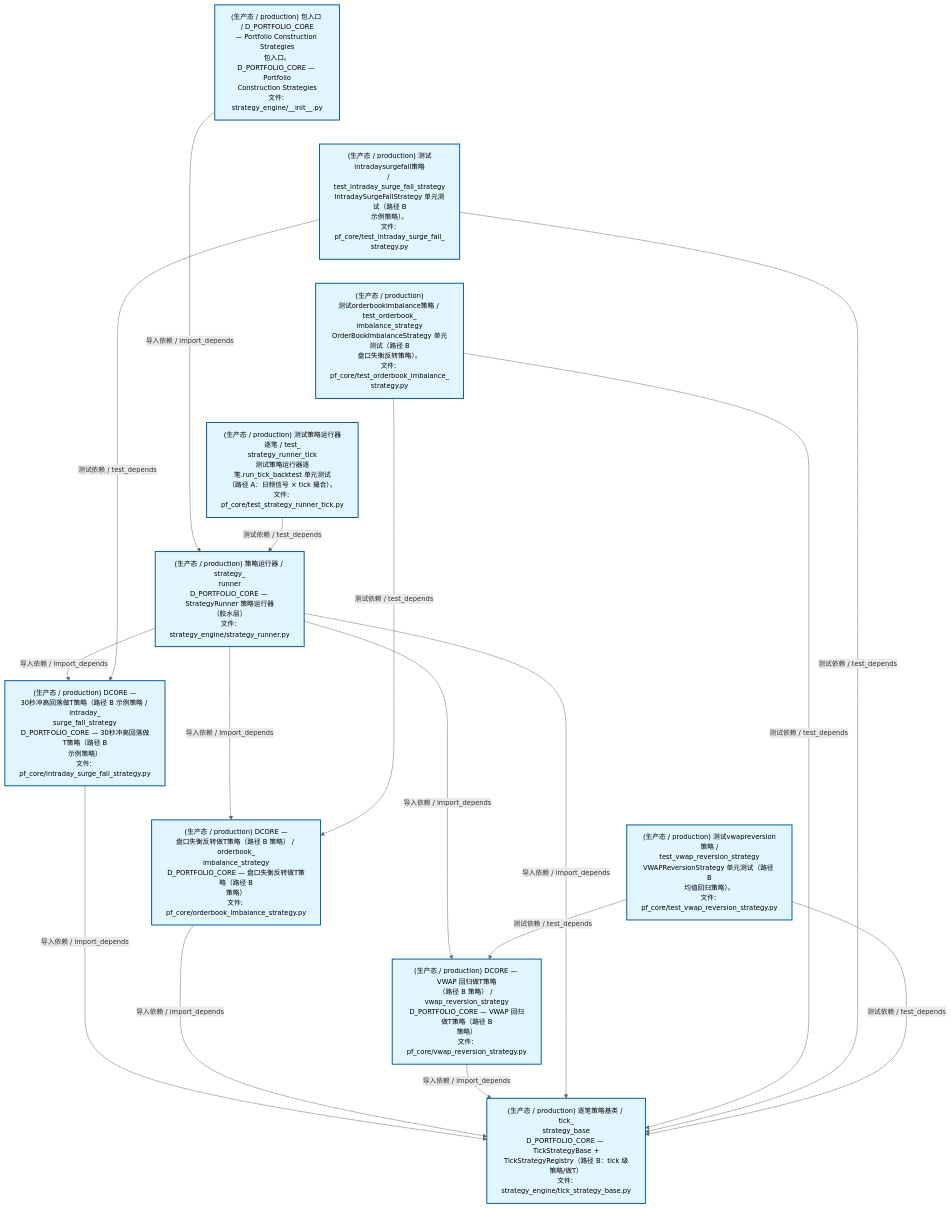
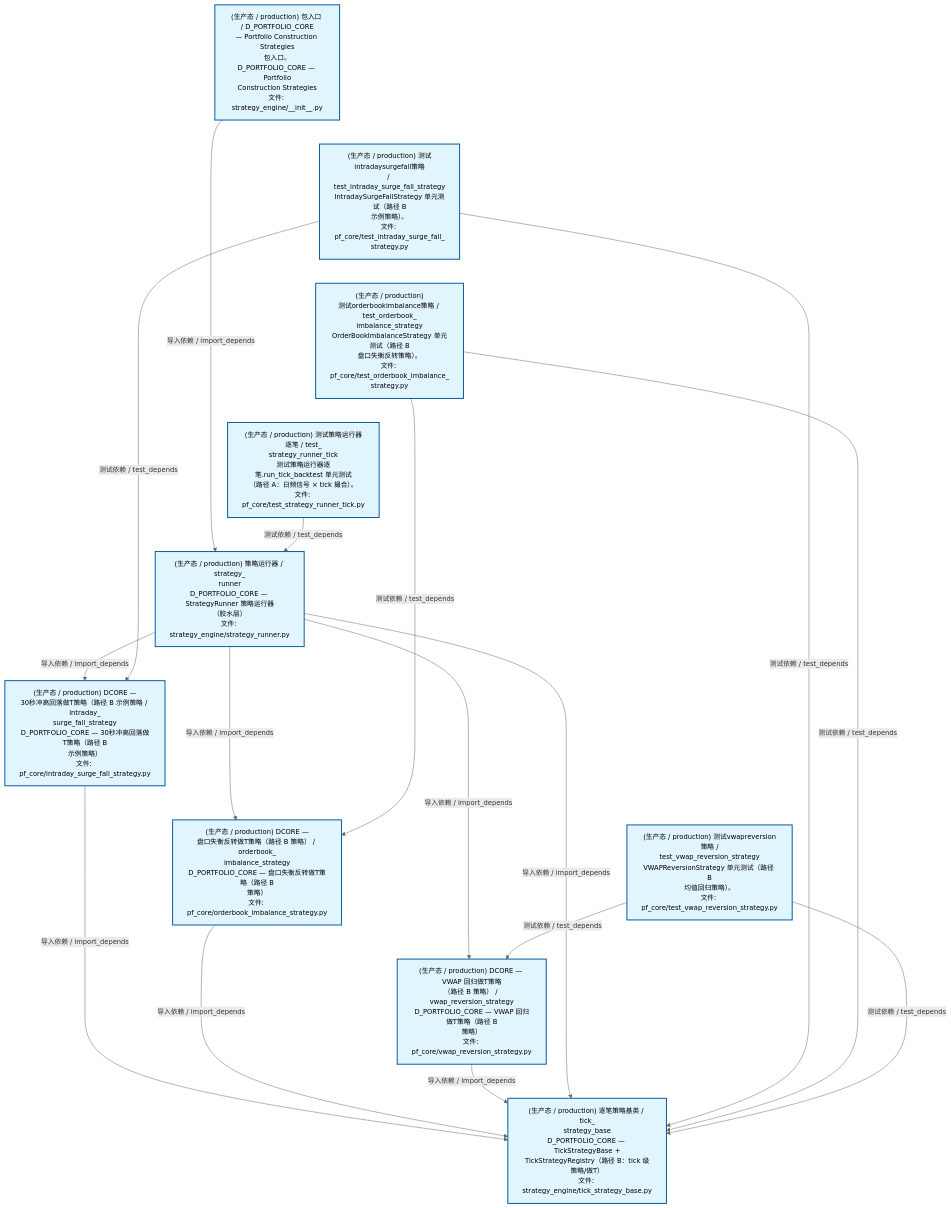
Before and after one commit to xuanFelixVan/ZephyrAlpha: the second of 4 diagrams in docs/02_enterprise_architecture/02_domain_architecture_docs/63_d_pf_core.md, drawn with Mermaid. The commit also changed other lines of this file and 33 other files, not shown here.

````diff
--- a/docs/02_enterprise_architecture/02_domain_architecture_docs/63_d_pf_core.md
+++ b/docs/02_enterprise_architecture/02_domain_architecture_docs/63_d_pf_core.md
@@ -135,40 +135,40 @@
 ```mermaid
 %%{init: {'theme': 'base', 'themeVariables': {'primaryColor': '#eaeaea', 'primaryTextColor': '#333333', 'primaryBorderColor': '#666666', 'lineColor': '#666666', 'secondaryColor': '#eaeaea', 'tertiaryColor': '#eaeaea', 'fontSize': '14px'}}}%%
 flowchart TD
     src_zephyr_pf_core_strategy_engine_init_py["(生产态 / production) 包入口 / D_PORTFOLIO_CORE<br/>— Portfolio Construction Strategies<br/>包入口。D_PORTFOLIO_CORE — Portfolio<br/>Construction Strategies<br/>文件: strategy_engine/__init__.py"]
     tests_pf_core_test_intraday_surge_fall_strategy_py["(生产态 / production) 测试intradaysurgefall策略<br/>/ test_intraday_surge_fall_strategy<br/>IntradaySurgeFallStrategy 单元测试（路径 B<br/>示例策略）。<br/>文件: pf_core/test_intraday_surge_fall_<br/>strategy.py"]
     tests_pf_core_test_orderbook_imbalance_strategy_py["(生产态 / production)<br/>测试orderbookimbalance策略 / test_orderbook_<br/>imbalance_strategy<br/>OrderBookImbalanceStrategy 单元测试（路径 B<br/>盘口失衡反转策略）。<br/>文件: pf_core/test_orderbook_imbalance_<br/>strategy.py"]
     tests_pf_core_test_strategy_runner_tick_py["(生产态 / production) 测试策略运行器逐笔 / test_<br/>strategy_runner_tick<br/>测试策略运行器逐笔.run_tick_backtest 单元测试<br/>（路径 A：日频信号 × tick 撮合）。<br/>文件: pf_core/test_strategy_runner_tick.py"]
     tests_pf_core_test_vwap_reversion_strategy_py["(生产态 / production) 测试vwapreversion策略 /<br/>test_vwap_reversion_strategy<br/>VWAPReversionStrategy 单元测试（路径 B<br/>均值回归策略）。<br/>文件: pf_core/test_vwap_reversion_strategy.py"]
     src_zephyr_pf_core_strategy_engine_init_py ~~~ tests_pf_core_test_intraday_surge_fall_strategy_py
     tests_pf_core_test_intraday_surge_fall_strategy_py ~~~ tests_pf_core_test_orderbook_imbalance_strategy_py
     tests_pf_core_test_orderbook_imbalance_strategy_py ~~~ tests_pf_core_test_strategy_runner_tick_py
     tests_pf_core_test_strategy_runner_tick_py ~~~ tests_pf_core_test_vwap_reversion_strategy_py
     src_zephyr_pf_core_strategy_engine_strategy_runner_py["(生产态 / production) 策略运行器 / strategy_<br/>runner<br/>D_PORTFOLIO_CORE — StrategyRunner 策略运行器<br/>（胶水层）<br/>文件: strategy_engine/strategy_runner.py"]
     src_zephyr_pf_core_intraday_surge_fall_strategy_py["(生产态 / production) DCORE —<br/>30秒冲高回落做T策略（路径 B 示例策略 / intraday_<br/>surge_fall_strategy<br/>D_PORTFOLIO_CORE — 30秒冲高回落做T策略（路径 B<br/>示例策略）<br/>文件: pf_core/intraday_surge_fall_strategy.py"]
     src_zephyr_pf_core_orderbook_imbalance_strategy_py["(生产态 / production) DCORE —<br/>盘口失衡反转做T策略（路径 B 策略） / orderbook_<br/>imbalance_strategy<br/>D_PORTFOLIO_CORE — 盘口失衡反转做T策略（路径 B<br/>策略）<br/>文件: pf_core/orderbook_imbalance_strategy.py"]
     src_zephyr_pf_core_vwap_reversion_strategy_py["(生产态 / production) DCORE — VWAP 回归做T策略<br/>（路径 B 策略） / vwap_reversion_strategy<br/>D_PORTFOLIO_CORE — VWAP 回归做T策略（路径 B<br/>策略）<br/>文件: pf_core/vwap_reversion_strategy.py"]
     src_zephyr_pf_core_intraday_surge_fall_strategy_py ~~~ src_zephyr_pf_core_orderbook_imbalance_strategy_py
     src_zephyr_pf_core_orderbook_imbalance_strategy_py ~~~ src_zephyr_pf_core_vwap_reversion_strategy_py
     src_zephyr_pf_core_strategy_engine_tick_strategy_base_py["(生产态 / production) 逐笔策略基类 / tick_<br/>strategy_base<br/>D_PORTFOLIO_CORE — TickStrategyBase +<br/>TickStrategyRegistry（路径 B：tick 级策略/做T）<br/>文件: strategy_engine/tick_strategy_base.py"]
     src_zephyr_pf_core_intraday_surge_fall_strategy_py -->|导入依赖 / import_depends| src_zephyr_pf_core_strategy_engine_tick_strategy_base_py
     src_zephyr_pf_core_orderbook_imbalance_strategy_py -->|导入依赖 / import_depends| src_zephyr_pf_core_strategy_engine_tick_strategy_base_py
     src_zephyr_pf_core_vwap_reversion_strategy_py -->|导入依赖 / import_depends| src_zephyr_pf_core_strategy_engine_tick_strategy_base_py
-    src_zephyr_pf_core_strategy_engine_init_py -->|导入依赖 / import_depends| src_zephyr_pf_core_strategy_engine_strategy_runner_py
     src_zephyr_pf_core_strategy_engine_strategy_runner_py -->|导入依赖 / import_depends| src_zephyr_pf_core_intraday_surge_fall_strategy_py
     src_zephyr_pf_core_strategy_engine_strategy_runner_py -->|导入依赖 / import_depends| src_zephyr_pf_core_orderbook_imbalance_strategy_py
     src_zephyr_pf_core_strategy_engine_strategy_runner_py -->|导入依赖 / import_depends| src_zephyr_pf_core_vwap_reversion_strategy_py
     src_zephyr_pf_core_strategy_engine_strategy_runner_py -->|导入依赖 / import_depends| src_zephyr_pf_core_strategy_engine_tick_strategy_base_py
+    src_zephyr_pf_core_strategy_engine_init_py -->|导入依赖 / import_depends| src_zephyr_pf_core_strategy_engine_strategy_runner_py
+    tests_pf_core_test_intraday_surge_fall_strategy_py -->|测试依赖 / test_depends| src_zephyr_pf_core_intraday_surge_fall_strategy_py
+    tests_pf_core_test_intraday_surge_fall_strategy_py -->|测试依赖 / test_depends| src_zephyr_pf_core_strategy_engine_tick_strategy_base_py
     tests_pf_core_test_orderbook_imbalance_strategy_py -->|测试依赖 / test_depends| src_zephyr_pf_core_orderbook_imbalance_strategy_py
     tests_pf_core_test_orderbook_imbalance_strategy_py -->|测试依赖 / test_depends| src_zephyr_pf_core_strategy_engine_tick_strategy_base_py
-    tests_pf_core_test_intraday_surge_fall_strategy_py -->|测试依赖 / test_depends| src_zephyr_pf_core_intraday_surge_fall_strategy_py
-    tests_pf_core_test_intraday_surge_fall_strategy_py -->|测试依赖 / test_depends| src_zephyr_pf_core_strategy_engine_tick_strategy_base_py
     tests_pf_core_test_strategy_runner_tick_py -->|测试依赖 / test_depends| src_zephyr_pf_core_strategy_engine_strategy_runner_py
     tests_pf_core_test_vwap_reversion_strategy_py -->|测试依赖 / test_depends| src_zephyr_pf_core_vwap_reversion_strategy_py
     tests_pf_core_test_vwap_reversion_strategy_py -->|测试依赖 / test_depends| src_zephyr_pf_core_strategy_engine_tick_strategy_base_py
     classDef production fill:#e1f5fe,stroke:#01579b,stroke-width:2px,color:#000
     classDef design fill:#fff3e0,stroke:#e65100,stroke-width:2px,color:#000,stroke-dasharray: 5 5
     classDef external_prod fill:#e8f4fd,stroke:#0277bd,stroke-width:1px,color:#000
     classDef external_design fill:#fff8e7,stroke:#ef6c00,stroke-width:1px,color:#000,stroke-dasharray: 5 5
     class src_zephyr_pf_core_intraday_surge_fall_strategy_py,src_zephyr_pf_core_orderbook_imbalance_strategy_py,src_zephyr_pf_core_strategy_engine_init_py,src_zephyr_pf_core_strategy_engine_strategy_runner_py,src_zephyr_pf_core_strategy_engine_tick_strategy_base_py,src_zephyr_pf_core_vwap_reversion_strategy_py,tests_pf_core_test_intraday_surge_fall_strategy_py,tests_pf_core_test_orderbook_imbalance_strategy_py,tests_pf_core_test_strategy_runner_tick_py,tests_pf_core_test_vwap_reversion_strategy_py production
 ```
````
